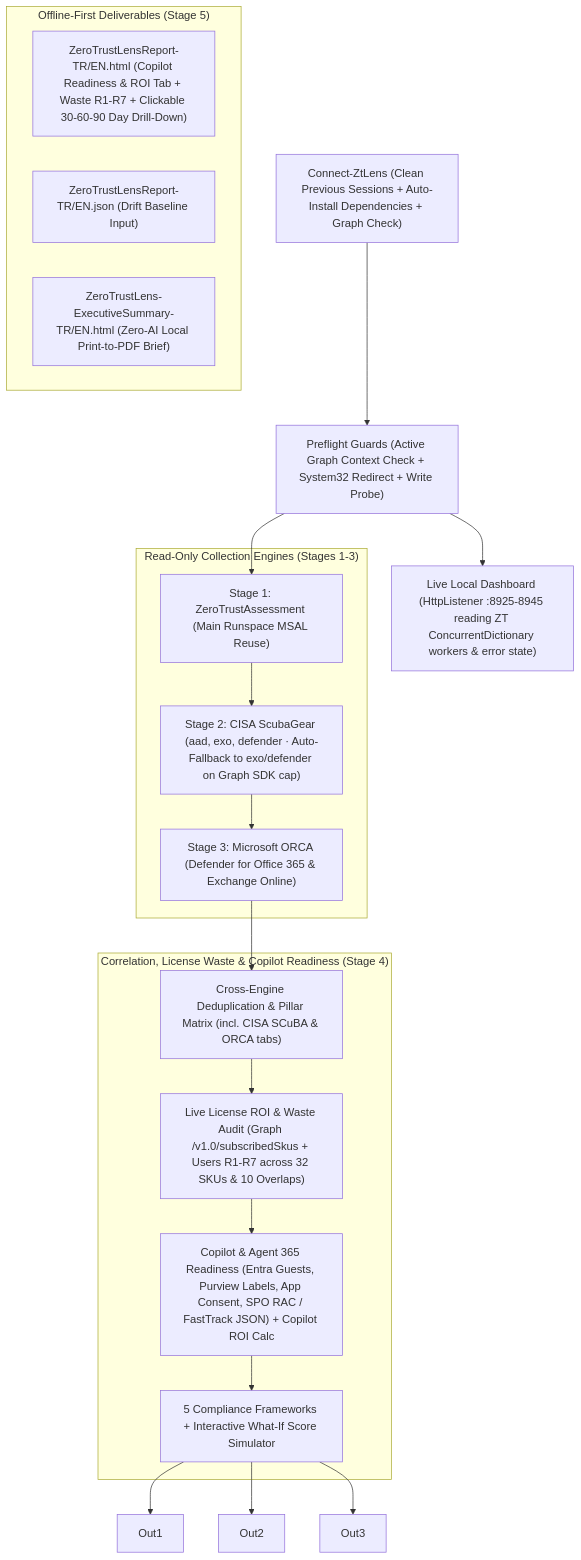
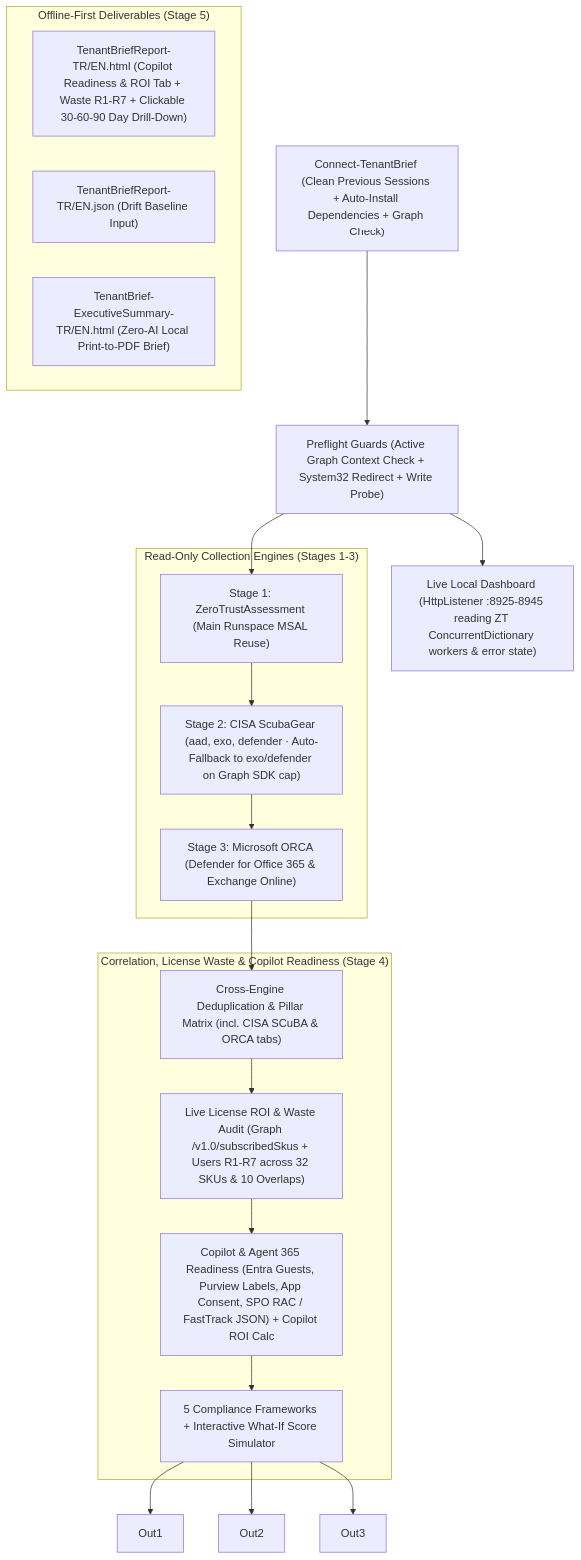
Before and after one commit to canercetinkaya/TenantBrief: the diagram in README.md, drawn with Mermaid. The commit also changed other lines of this file and 22 other files, not shown here.

Commit message:
Rebrand ZeroTrustLens to TenantBrief (preserve *-ZtLens* aliases)

````diff
--- a/README.md
+++ b/README.md
@@ -17,31 +17,31 @@
 ```mermaid
 flowchart TB
-    Start["Connect-ZtLens (Clean Previous Sessions + Auto-Install Dependencies + Graph Check)"]
+    Start["Connect-TenantBrief (Clean Previous Sessions + Auto-Install Dependencies + Graph Check)"]
     Pre["Preflight Guards (Active Graph Context Check + System32 Redirect + Write Probe)"]
     UI["Live Local Dashboard (HttpListener :8925-8945 reading ZT ConcurrentDictionary workers & error state)"]
 
     subgraph Engines["Read-Only Collection Engines (Stages 1-3)"]
         S1["Stage 1: ZeroTrustAssessment (Main Runspace MSAL Reuse)"]
         S2["Stage 2: CISA ScubaGear (aad, exo, defender · Auto-Fallback to exo/defender on Graph SDK cap)"]
         S3["Stage 3: Microsoft ORCA (Defender for Office 365 & Exchange Online)"]
     end
 
     subgraph Stage4["Correlation, License Waste & Copilot Readiness (Stage 4)"]
         Corr["Cross-Engine Deduplication & Pillar Matrix (incl. CISA SCuBA & ORCA tabs)"]
         ROI["Live License ROI & Waste Audit (Graph /v1.0/subscribedSkus + Users R1-R7 across 32 SKUs & 10 Overlaps)"]
         Cop["Copilot & Agent 365 Readiness (Entra Guests, Purview Labels, App Consent, SPO RAC / FastTrack JSON) + Copilot ROI Calc"]
         FW["5 Compliance Frameworks + Interactive What-If Score Simulator"]
     end
 
     subgraph Outputs["Offline-First Deliverables (Stage 5)"]
-        HTML["ZeroTrustLensReport-TR/EN.html (Copilot Readiness & ROI Tab + Waste R1-R7 + Clickable 30-60-90 Day Drill-Down)"]
-        JSON["ZeroTrustLensReport-TR/EN.json (Drift Baseline Input)"]
-        PDF["ZeroTrustLens-ExecutiveSummary-TR/EN.html (Zero-AI Local Print-to-PDF Brief)"]
+        HTML["TenantBriefReport-TR/EN.html (Copilot Readiness & ROI Tab + Waste R1-R7 + Clickable 30-60-90 Day Drill-Down)"]
+        JSON["TenantBriefReport-TR/EN.json (Drift Baseline Input)"]
+        PDF["TenantBrief-ExecutiveSummary-TR/EN.html (Zero-AI Local Print-to-PDF Brief)"]
     end
 
     Start --> Pre --> UI
     Pre --> S1 --> S2 --> S3
     S3 --> Corr --> ROI --> Cop --> FW --> Out1
     FW --> Out2
     FW --> Out3
 ```
````
